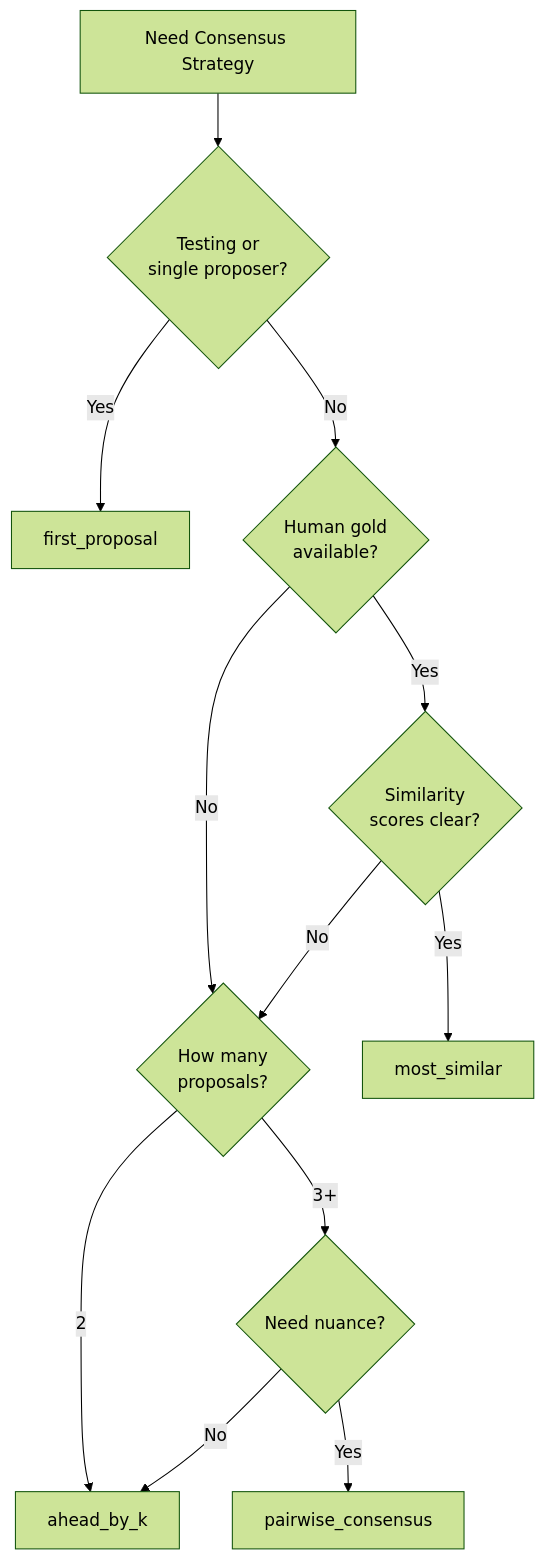
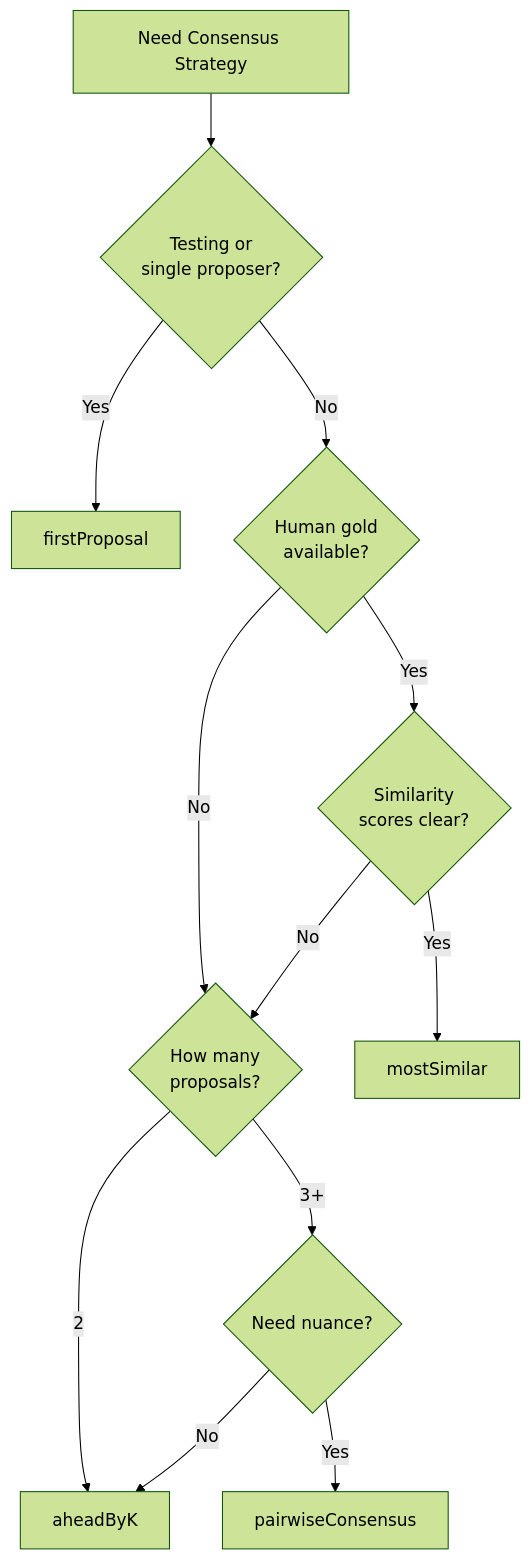
The diagram in website/docs/concepts/consensus-strategies.md (eloquentanalytics/dialai), drawn with Mermaid (forest theme) before and after one commit. The commit also changed other lines of this file and 5 other files, not shown here.

````diff
--- a/website/docs/concepts/consensus-strategies.md
+++ b/website/docs/concepts/consensus-strategies.md
@@ -362,14 +362,14 @@
 ```mermaid
 graph TD
     A[Need Consensus Strategy] --> B{Testing or<br/>single proposer?}
-    B -->|Yes| C[first_proposal]
+    B -->|Yes| C[firstProposal]
     B -->|No| D{Human gold<br/>available?}
     D -->|Yes| E{Similarity<br/>scores clear?}
     D -->|No| F{How many<br/>proposals?}
-    E -->|Yes| G[most_similar]
+    E -->|Yes| G[mostSimilar]
     E -->|No| F
-    F -->|2| H[ahead_by_k]
+    F -->|2| H[aheadByK]
     F -->|3+| I{Need nuance?}
-    I -->|Yes| J[pairwise_consensus]
+    I -->|Yes| J[pairwiseConsensus]
     I -->|No| H
 ```
````
